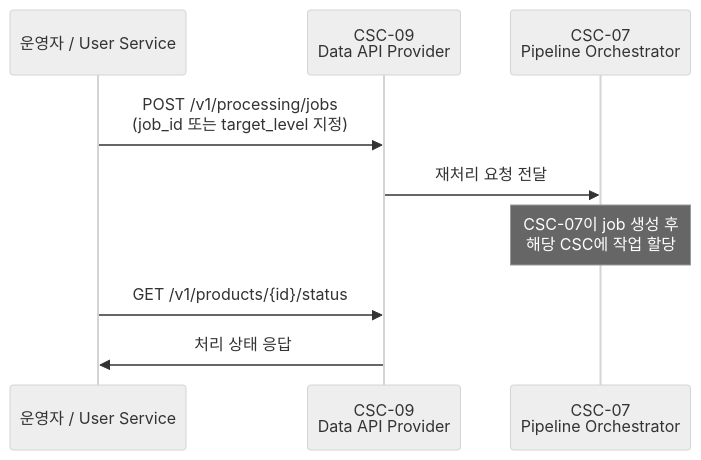
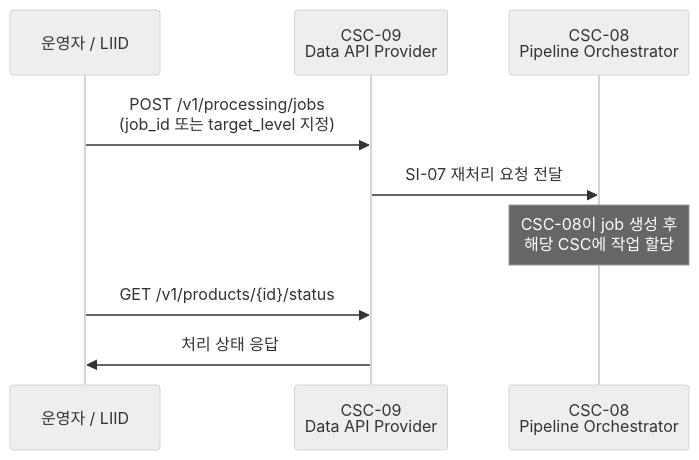
One commit to GTD-web/sar-data-process-element changed the second of 3 diagrams in interfaces/csc-9/README.md. Above: the diagram before and after it, drawn with Mermaid (neutral theme). The commit also changed other lines of this file and 139 other files, not shown here.

````diff
--- a/interfaces/csc-9/README.md
+++ b/interfaces/csc-9/README.md
@@ -85,13 +97,13 @@
 ```mermaid
 sequenceDiagram
-    participant OP as 운영자 / User Service
+    participant OP as 운영자 / LIID
     participant CSC09 as CSC-09<br/>Data API Provider
-    participant CSC07 as CSC-07<br/>Pipeline Orchestrator
+    participant CSC08 as CSC-08<br/>Pipeline Orchestrator
 
     OP->>CSC09: POST /v1/processing/jobs<br/>(job_id 또는 target_level 지정)
-    CSC09->>CSC07: 재처리 요청 전달
-    Note over CSC07: CSC-07이 job 생성 후<br/>해당 CSC에 작업 할당
+    CSC09->>CSC08: SI-07 재처리 요청 전달
+    Note over CSC08: CSC-08이 job 생성 후<br/>해당 CSC에 작업 할당
 
     OP->>CSC09: GET /v1/products/{id}/status
     CSC09->>OP: 처리 상태 응답
 ```
````
